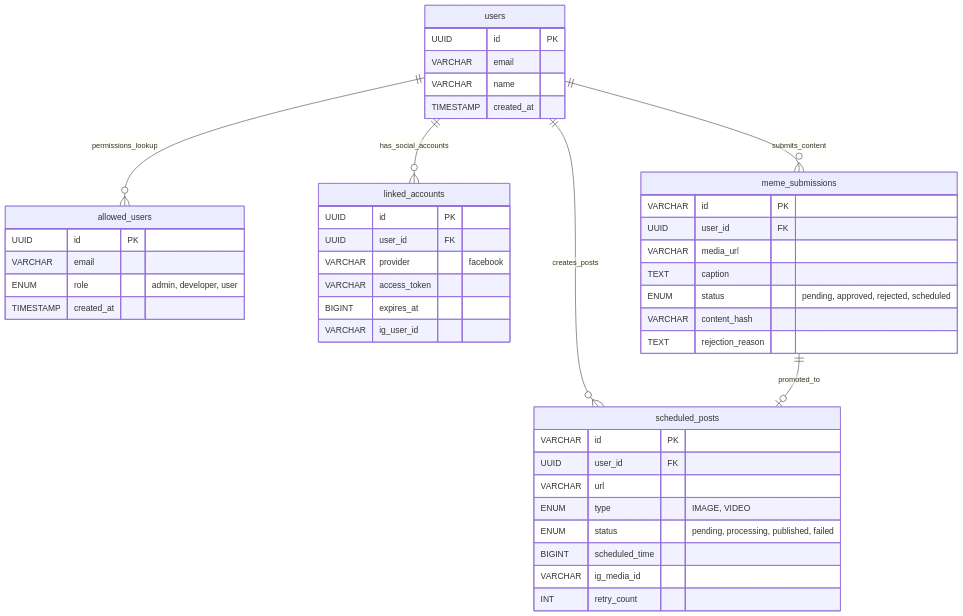
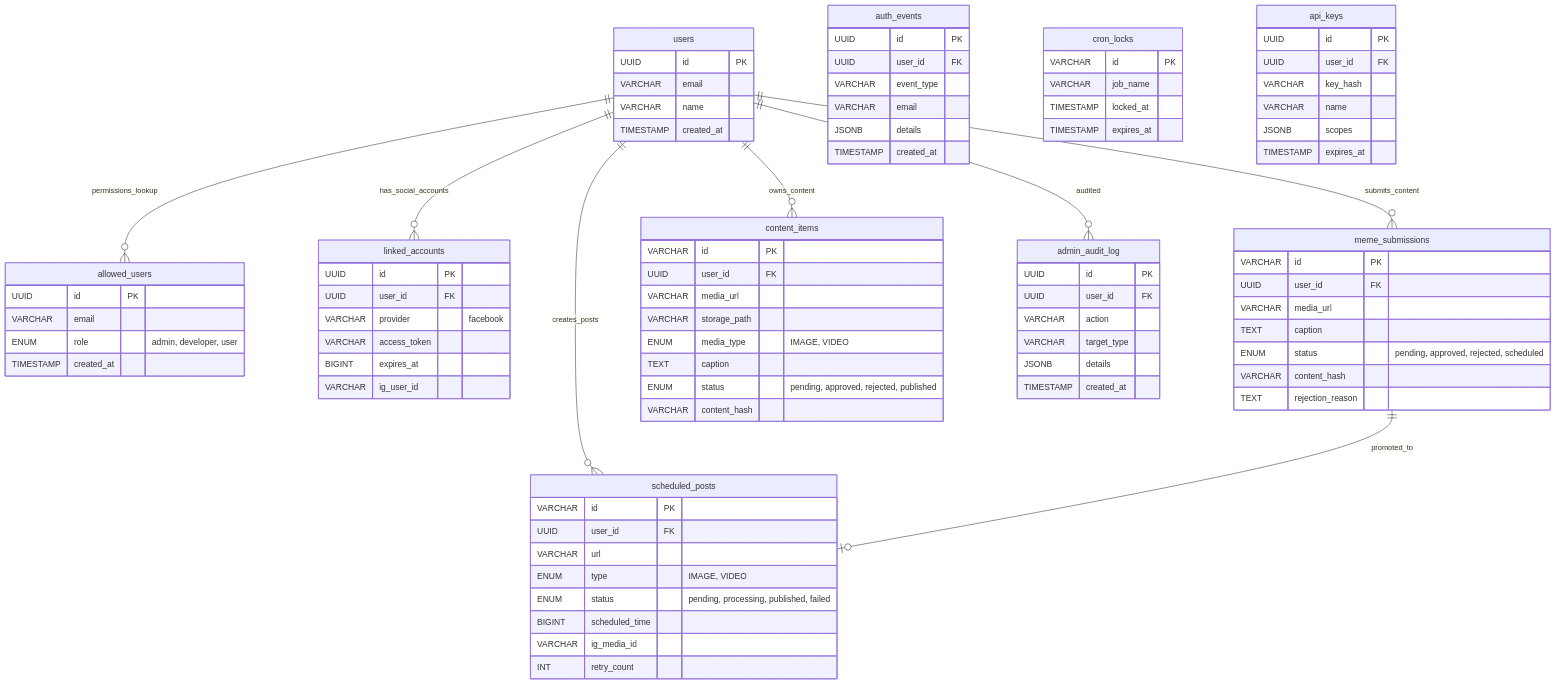
One commit to PiotrRomanczuk/instagram-stories-webhook changed the second of 8 diagrams in docs/comprehensive/ARCHITECTURE_AND_WORKFLOWS.md. Above: the diagram before and after it, drawn with Mermaid. The commit also changed other lines of this file and 10 other files, not shown here.

````diff
--- a/docs/comprehensive/ARCHITECTURE_AND_WORKFLOWS.md
+++ b/docs/comprehensive/ARCHITECTURE_AND_WORKFLOWS.md
@@ -81,7 +83,9 @@
     users ||--o{ meme_submissions : "submits_content"
     
     meme_submissions ||--o| scheduled_posts : "promoted_to"
-    
+    users ||--o{ content_items : "owns_content"
+    users ||--o{ admin_audit_log : "audited"
+
     users {
         UUID id PK
         VARCHAR email
@@ -105,6 +109,17 @@
         VARCHAR ig_user_id
     }
 
+    content_items {
+        VARCHAR id PK
+        UUID user_id FK
+        VARCHAR media_url
+        VARCHAR storage_path
+        ENUM media_type "IMAGE, VIDEO"
+        TEXT caption
+        ENUM status "pending, approved, rejected, published"
+        VARCHAR content_hash
+    }
+
     scheduled_posts {
         VARCHAR id PK
         UUID user_id FK
@@ -125,4 +140,38 @@
         VARCHAR content_hash
         TEXT rejection_reason
     }
+
+    admin_audit_log {
+        UUID id PK
+        UUID user_id FK
+        VARCHAR action
+        VARCHAR target_type
+        JSONB details
+        TIMESTAMP created_at
+    }
+
+    auth_events {
+        UUID id PK
+        UUID user_id FK
+        VARCHAR event_type
+        VARCHAR email
+        JSONB details
+        TIMESTAMP created_at
+    }
+
+    cron_locks {
+        VARCHAR id PK
+        VARCHAR job_name
+        TIMESTAMP locked_at
+        TIMESTAMP expires_at
+    }
+
+    api_keys {
+        UUID id PK
+        UUID user_id FK
+        VARCHAR key_hash
+        VARCHAR name
+        JSONB scopes
+        TIMESTAMP expires_at
+    }
 ```
````
